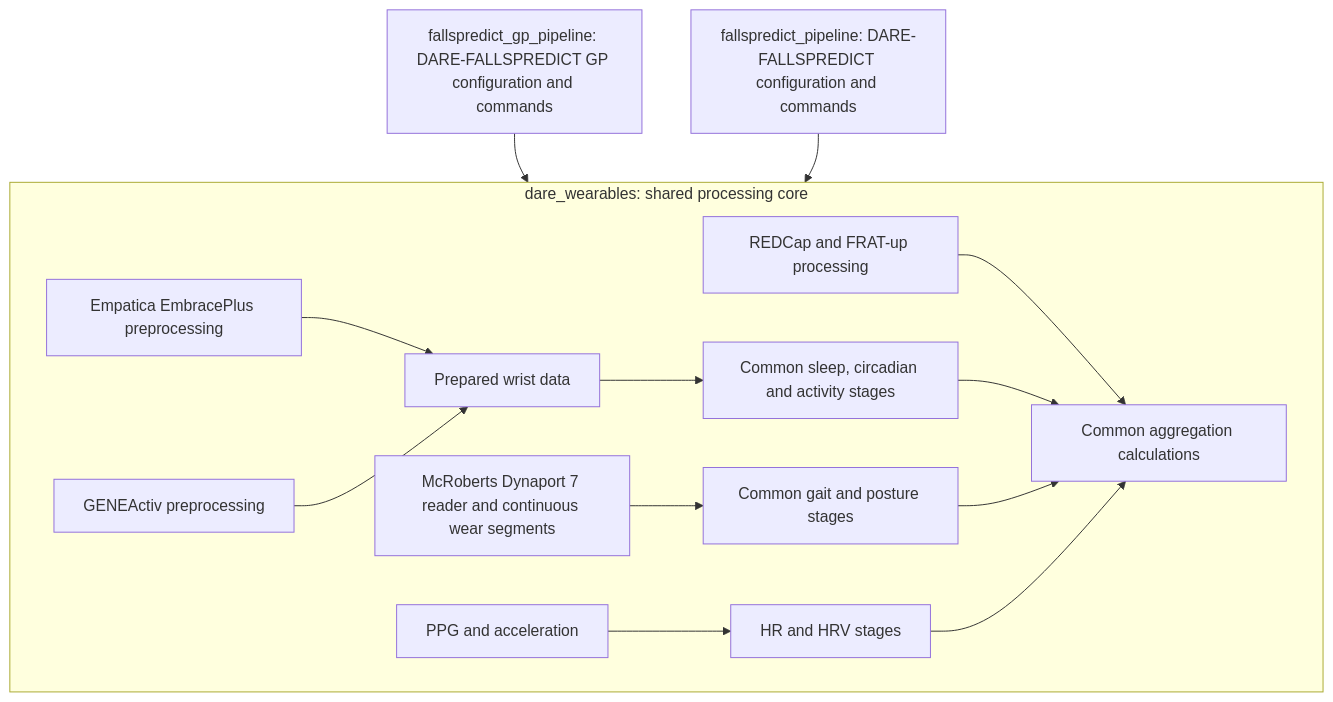
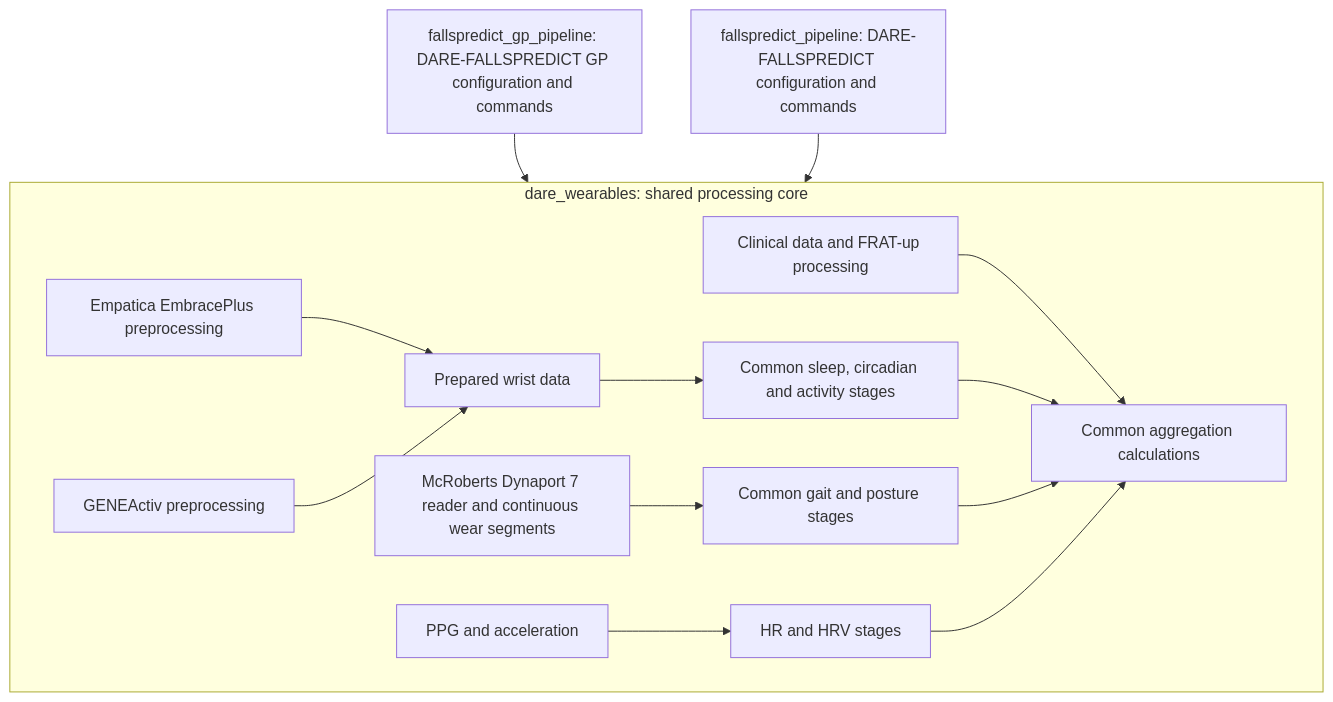
Before and after one commit to marcellosicbaldi/DARE-wearable-pipelines: the first of 2 diagrams in docs/pipeline_diagram.md, drawn with Mermaid. The commit also changed other lines of this file and 5 other files, not shown here.

Commit message:
Simplify README and use clinical data terminology

````diff
--- a/docs/pipeline_diagram.md
+++ b/docs/pipeline_diagram.md
@@ -7,16 +7,16 @@
 ```mermaid
 flowchart TD
     BO["fallspredict_gp_pipeline: DARE-FALLSPREDICT GP configuration and commands"] --> CORE
     RA["fallspredict_pipeline: DARE-FALLSPREDICT configuration and commands"] --> CORE
     subgraph CORE["dare_wearables: shared processing core"]
         EMP["Empatica EmbracePlus preprocessing"] --> PRE["Prepared wrist data"]
         GEN["GENEActiv preprocessing"] --> PRE
         PRE --> WRIST["Common sleep, circadian and activity stages"]
         IMU["McRoberts Dynaport 7 reader and continuous wear segments"] --> LB["Common gait and posture stages"]
         PPG["PPG and acceleration"] --> HR["HR and HRV stages"]
-        CLINICAL["REDCap and FRAT-up processing"] --> AGG["Common aggregation calculations"]
+        CLINICAL["Clinical data and FRAT-up processing"] --> AGG["Common aggregation calculations"]
         WRIST --> AGG
         LB --> AGG
         HR --> AGG
     end
 ```
````
